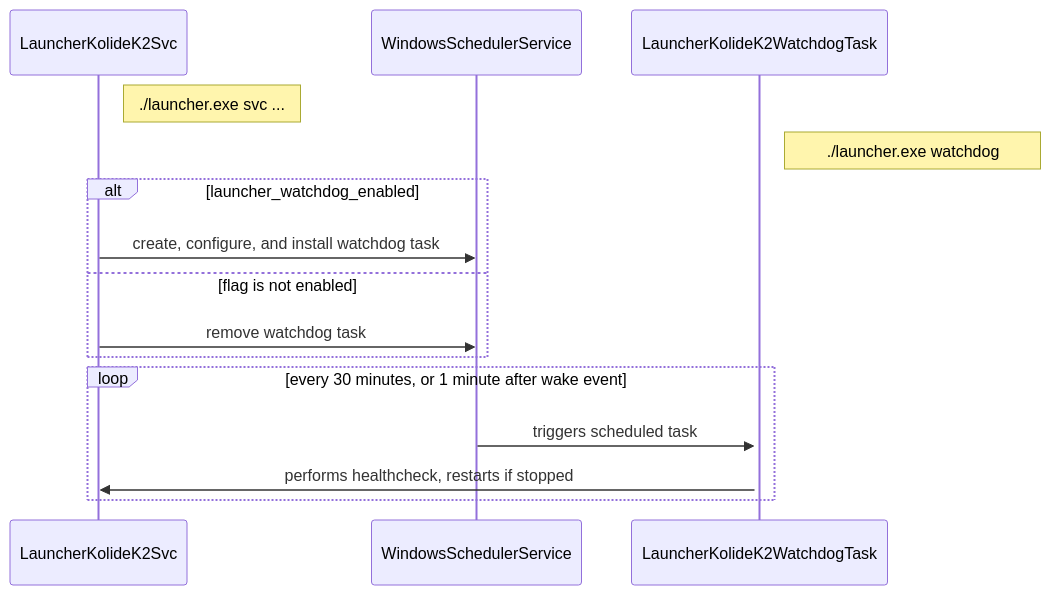
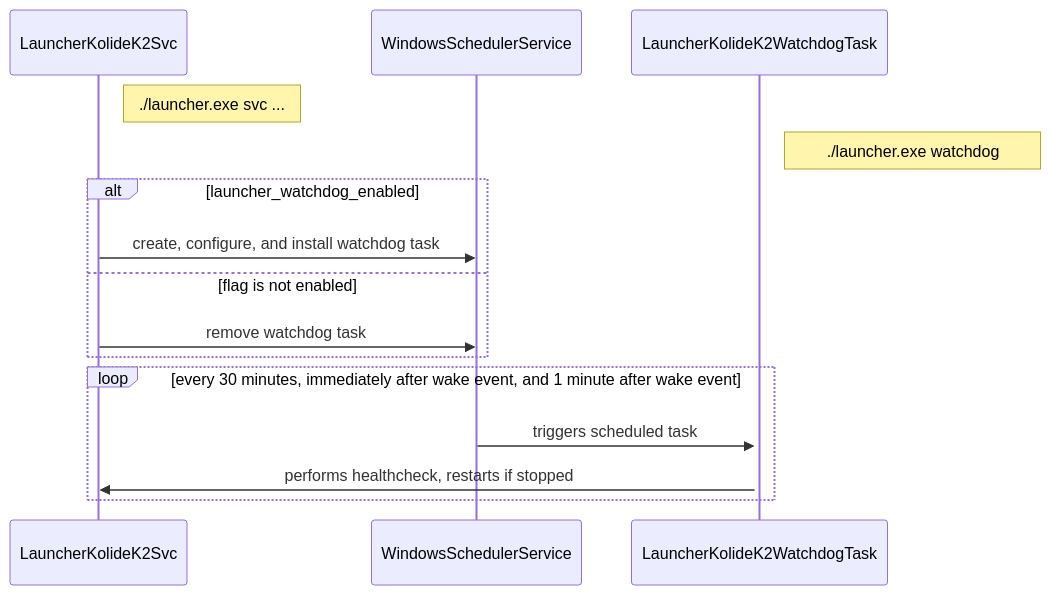
One commit to kolide/launcher changed the diagram in docs/architecture/launcher_watchdog.md. Above: the diagram before and after it, drawn with Mermaid. The commit also changed 1 other file, not shown here.

Commit message:
add watchdog trigger immediately following wake event (#1979)

````diff
--- a/docs/architecture/launcher_watchdog.md
+++ b/docs/architecture/launcher_watchdog.md
@@ -10,20 +10,20 @@
 ```mermaid
 sequenceDiagram
     participant LauncherKolideK2Svc
     Note right of LauncherKolideK2Svc: ./launcher.exe svc ...
     participant WindowsSchedulerService
     participant LauncherKolideK2WatchdogTask
     Note right of LauncherKolideK2WatchdogTask: ./launcher.exe watchdog
 
     alt launcher_watchdog_enabled
         LauncherKolideK2Svc->>WindowsSchedulerService: create, configure, and install watchdog task
         activate LauncherKolideK2WatchdogTask
     else flag is not enabled
         LauncherKolideK2Svc->>WindowsSchedulerService: remove watchdog task
     end
 
-    loop every 30 minutes, or 1 minute after wake event
+    loop every 30 minutes, immediately after wake event, and 1 minute after wake event
         WindowsSchedulerService->>LauncherKolideK2WatchdogTask: triggers scheduled task
         LauncherKolideK2WatchdogTask->>LauncherKolideK2Svc: performs healthcheck, restarts if stopped
     end
 ```
````
